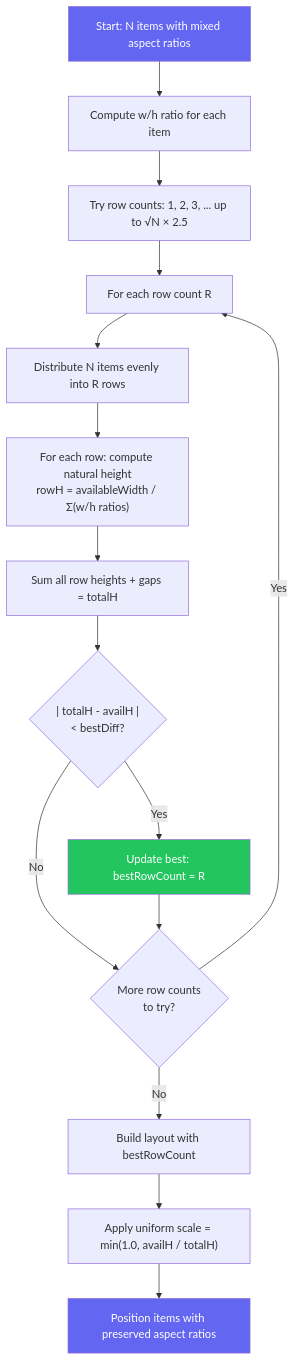
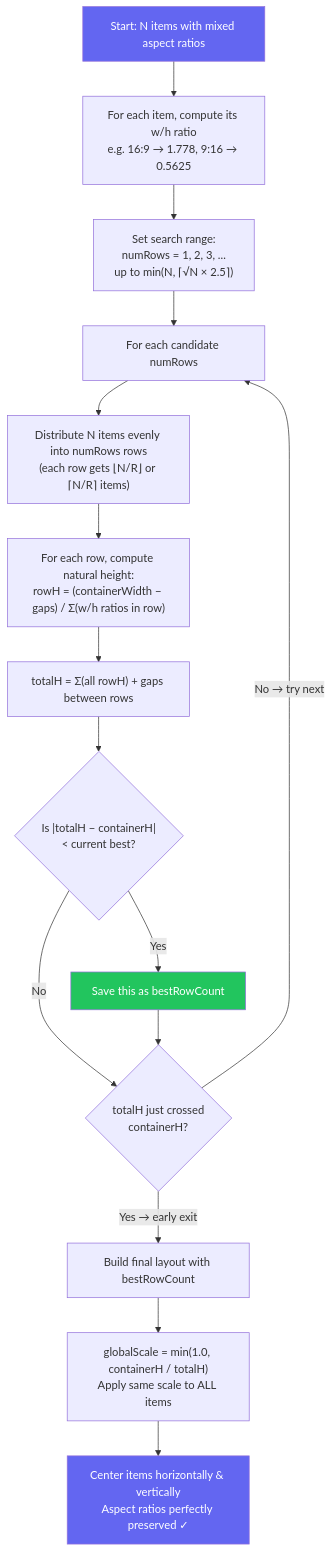
The diagram in README.md (thangdevalone/meeting-grid-layout), drawn with Mermaid before and after one commit. The commit also changed other lines of this file and 7 other files, not shown here.

````diff
--- a/README.md
+++ b/README.md
@@ -296,21 +302,21 @@
 ```mermaid
 flowchart TD
-    A["Start: N items with mixed aspect ratios"] --> B["Compute w/h ratio for each item"]
-    B --> C["Try row counts: 1, 2, 3, ... up to √N × 2.5"]
-    C --> D["For each row count R"]
-    D --> E["Distribute N items evenly into R rows"]
-    E --> F["For each row: compute natural height\nrowH = availableWidth / Σ(w/h ratios)"]
-    F --> G["Sum all row heights + gaps = totalH"]
-    G --> H{"| totalH - availH |\n< bestDiff?"}
-    H -- Yes --> I["Update best: bestRowCount = R"]
-    H -- No --> J{"More row counts\nto try?"}
+    A["Start: N items with mixed aspect ratios"] --> B["For each item, compute its w/h ratio\ne.g. 16:9 → 1.778, 9:16 → 0.5625"]
+    B --> C["Set search range:\nnumRows = 1, 2, 3, ...\nup to min(N, ⌈√N × 2.5⌉)"]
+    C --> D["For each candidate numRows"]
+    D --> E["Distribute N items evenly into numRows rows\n(each row gets ⌊N/R⌋ or ⌈N/R⌉ items)"]
+    E --> F["For each row, compute natural height:\nrowH = (containerWidth − gaps) / Σ(w/h ratios in row)"]
+    F --> G["totalH = Σ(all rowH) + gaps between rows"]
+    G --> H{"Is |totalH − containerH|\n< current best?"}
+    H -- Yes --> I["Save this as bestRowCount"]
+    H -- No --> J{"totalH just crossed\ncontainerH?"}
     I --> J
-    J -- Yes --> D
-    J -- No --> K["Build layout with bestRowCount"]
-    K --> L["Apply uniform scale = min(1.0, availH / totalH)"]
-    L --> M["Position items with preserved aspect ratios"]
+    J -- "Yes → early exit" --> K["Build final layout with bestRowCount"]
+    J -- "No → try next" --> D
+    K --> L["globalScale = min(1.0, containerH / totalH)\nApply same scale to ALL items"]
+    L --> M["Center items horizontally & vertically\nAspect ratios perfectly preserved ✓"]
 
     style A fill:#6366f1,color:#fff
     style I fill:#22c55e,color:#fff
     style M fill:#6366f1,color:#fff
 ```
````
